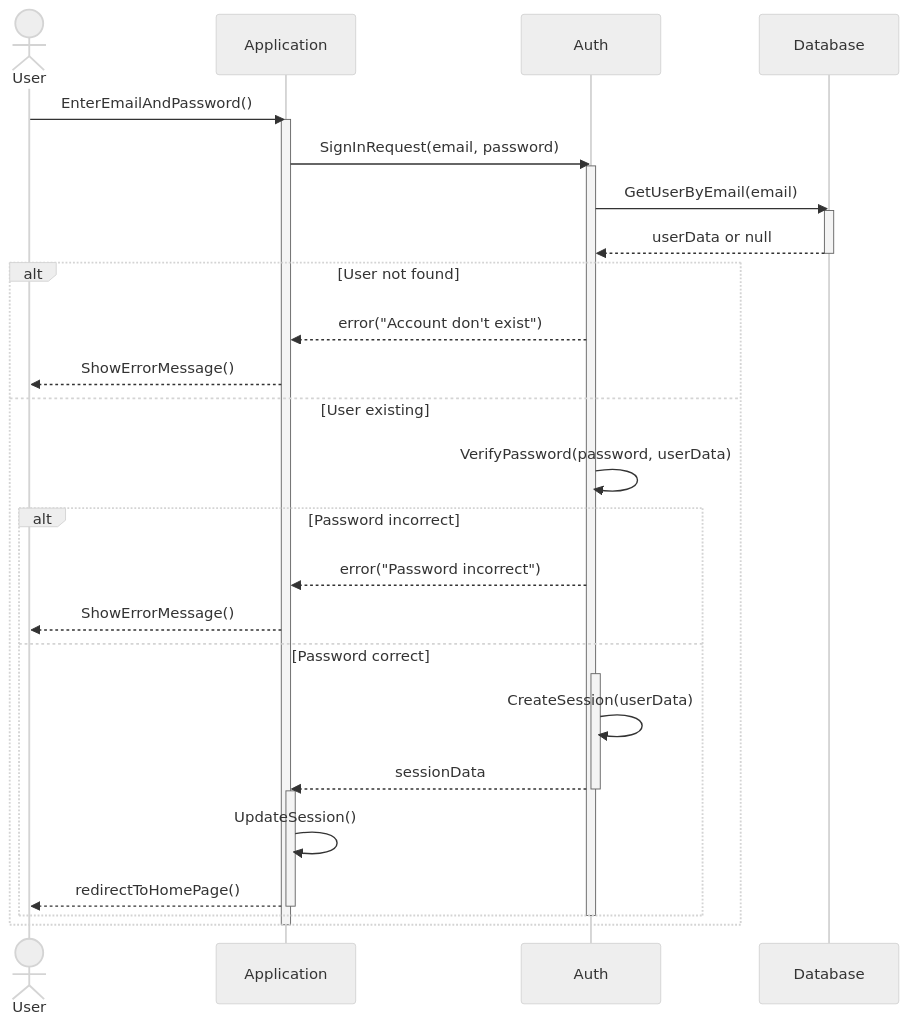
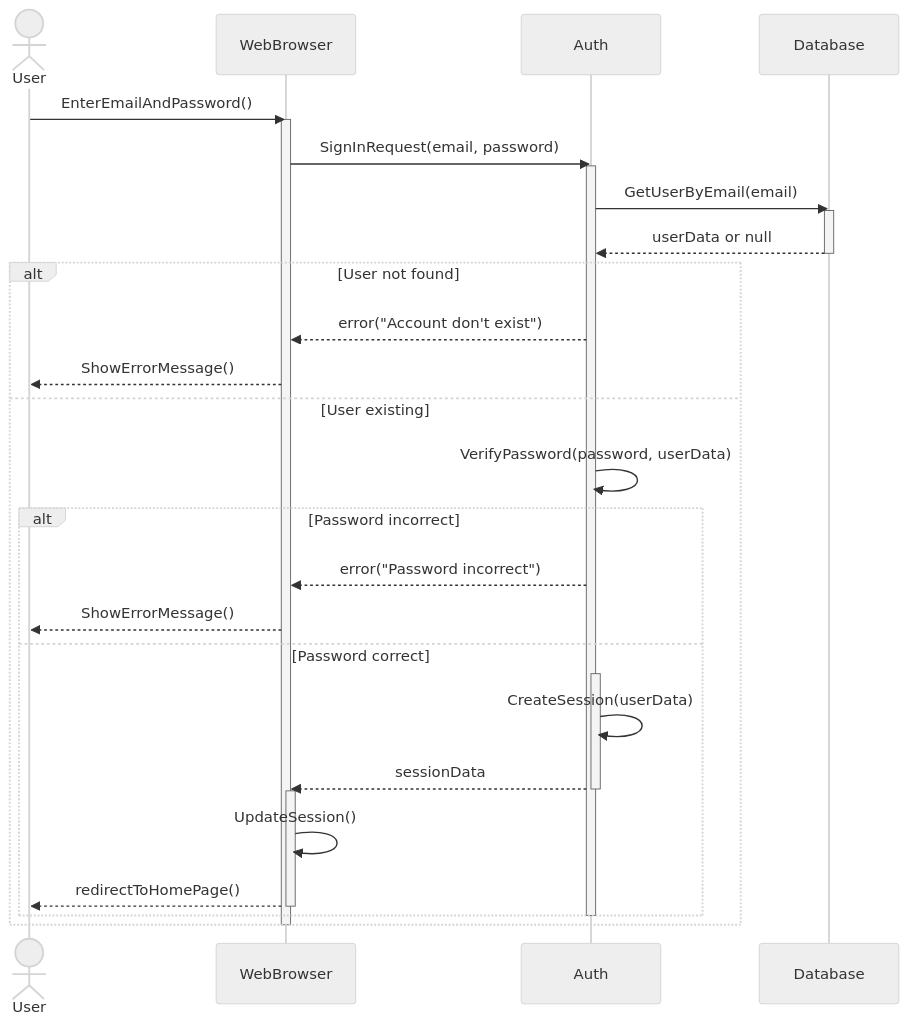
One commit to dvhAoU1374/IT3120-PTTKHT changed the diagram in Sequence Diagram/Authentication/Sign In/SignIn.mmd. Above: the diagram before and after it, drawn with Mermaid (neutral theme). The commit also changed 5 other files, not shown here.

```diff
--- a/Sequence Diagram/Authentication/Sign In/SignIn.mmd
+++ b/Sequence Diagram/Authentication/Sign In/SignIn.mmd
@@ -1,41 +1,41 @@
 sequenceDiagram
 
 actor User
 
-participant Application
+participant WebBrowser
 participant Auth
 participant Database
 
-User ->> Application: EnterEmailAndPassword()
-activate Application
-Application ->> Auth: SignInRequest(email, password)
+User ->> WebBrowser: EnterEmailAndPassword()
+activate WebBrowser
+WebBrowser ->> Auth: SignInRequest(email, password)
 activate Auth
 
 Auth ->> Database: GetUserByEmail(email)
 activate Database
 Database -->> Auth: userData or null
 deactivate Database
 
 alt User not found
-    Auth -->> Application : error("Account don't exist")
-    Application -->> User: ShowErrorMessage()
+    Auth -->> WebBrowser : error("Account don't exist")
+    WebBrowser -->> User: ShowErrorMessage()
 
 else User existing
     Auth ->> Auth: VerifyPassword(password, userData)
     alt Password incorrect
-        Auth -->> Application: error("Password incorrect")
-        Application -->> User: ShowErrorMessage()
+        Auth -->> WebBrowser: error("Password incorrect")
+        WebBrowser -->> User: ShowErrorMessage()
 
     else Password correct
         activate Auth
         Auth ->> Auth: CreateSession(userData)
-        Auth -->> Application: sessionData
+        Auth -->> WebBrowser: sessionData
         deactivate Auth
-        activate Application
-        Application ->> Application: UpdateSession()
-        Application -->> User: redirectToHomePage()
-        deactivate Application
+        activate WebBrowser
+        WebBrowser ->> WebBrowser: UpdateSession()
+        WebBrowser -->> User: redirectToHomePage()
+        deactivate WebBrowser
     end
     deactivate Auth
 end
-deactivate Application
+deactivate WebBrowser
```
